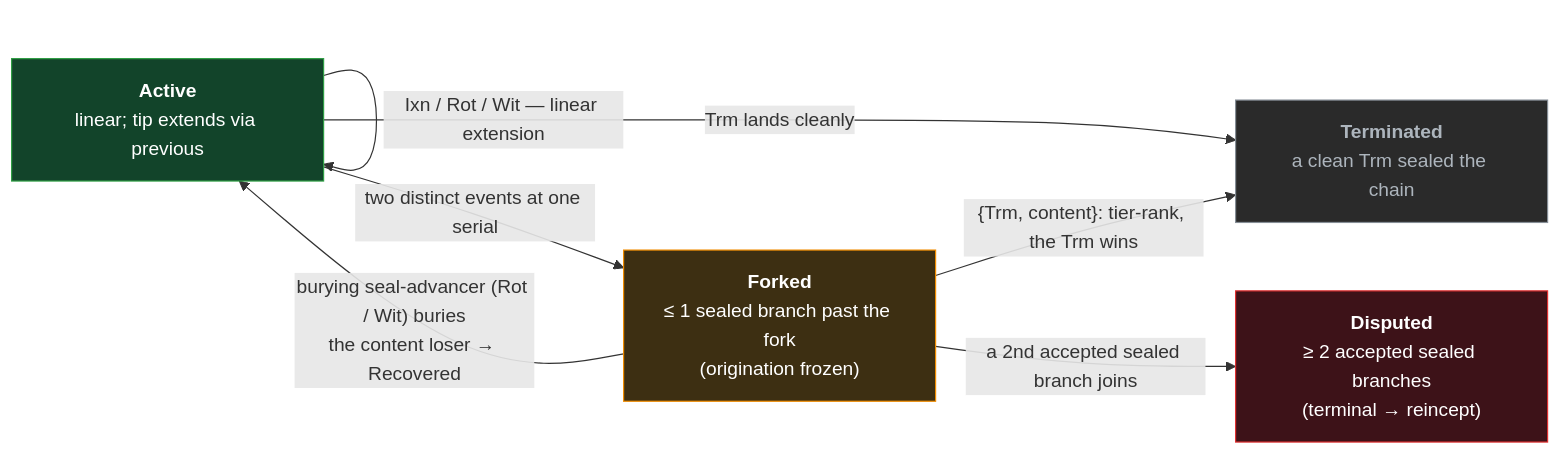
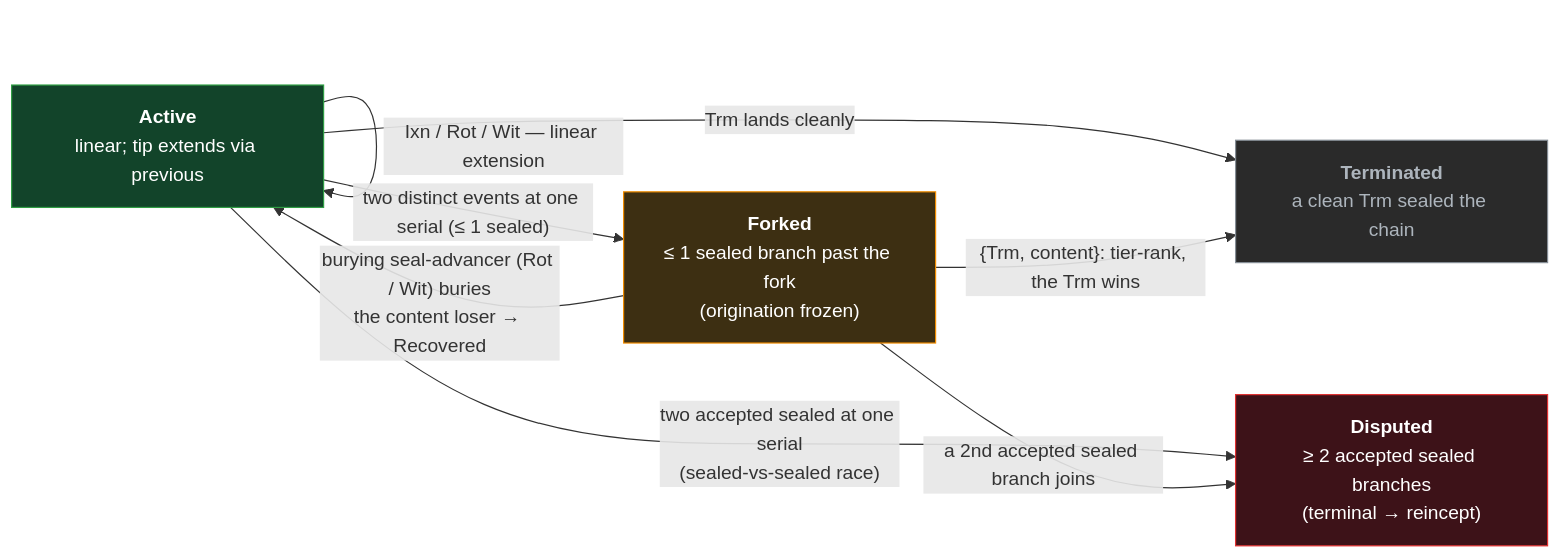
The diagram in docs/design/primitives/data/event-logs/kel/log.md (jasoncolburne/vdti), drawn with Mermaid before and after one commit. The commit also changed 5 other files, not shown here.

````diff
--- a/docs/design/primitives/data/event-logs/kel/log.md
+++ b/docs/design/primitives/data/event-logs/kel/log.md
@@ -58,17 +58,18 @@
 ```mermaid
 flowchart LR
   Active["<b>Active</b><br/>linear; tip extends via previous"]:::good
   Forked["<b>Forked</b><br/>≤ 1 sealed branch past the fork<br/>(origination frozen)"]:::mid
   Disputed["<b>Disputed</b><br/>≥ 2 accepted sealed branches<br/>(terminal → reincept)"]:::bad
   Terminated["<b>Terminated</b><br/>a clean Trm sealed the chain"]:::dead
   Active -->|"Ixn / Rot / Wit — linear extension"| Active
-  Active -->|"two distinct events at one serial"| Forked
+  Active -->|"two distinct events at one serial (≤ 1 sealed)"| Forked
+  Active -->|"two accepted sealed at one serial<br/>(sealed-vs-sealed race)"| Disputed
   Active -->|"Trm lands cleanly"| Terminated
   Forked -->|"burying seal-advancer (Rot / Wit) buries<br/>the content loser → Recovered"| Active
   Forked -->|"{Trm, content}: tier-rank, the Trm wins"| Terminated
   Forked -->|"a 2nd accepted sealed branch joins"| Disputed
   classDef good fill:#12442a,stroke:#2f9e44,color:#fff
   classDef mid fill:#3d2f12,stroke:#f08c00,color:#fff
   classDef bad fill:#3d1218,stroke:#e03131,color:#fff
   classDef dead fill:#2a2a2a,stroke:#868e96,color:#adb5bd
 ```
````
